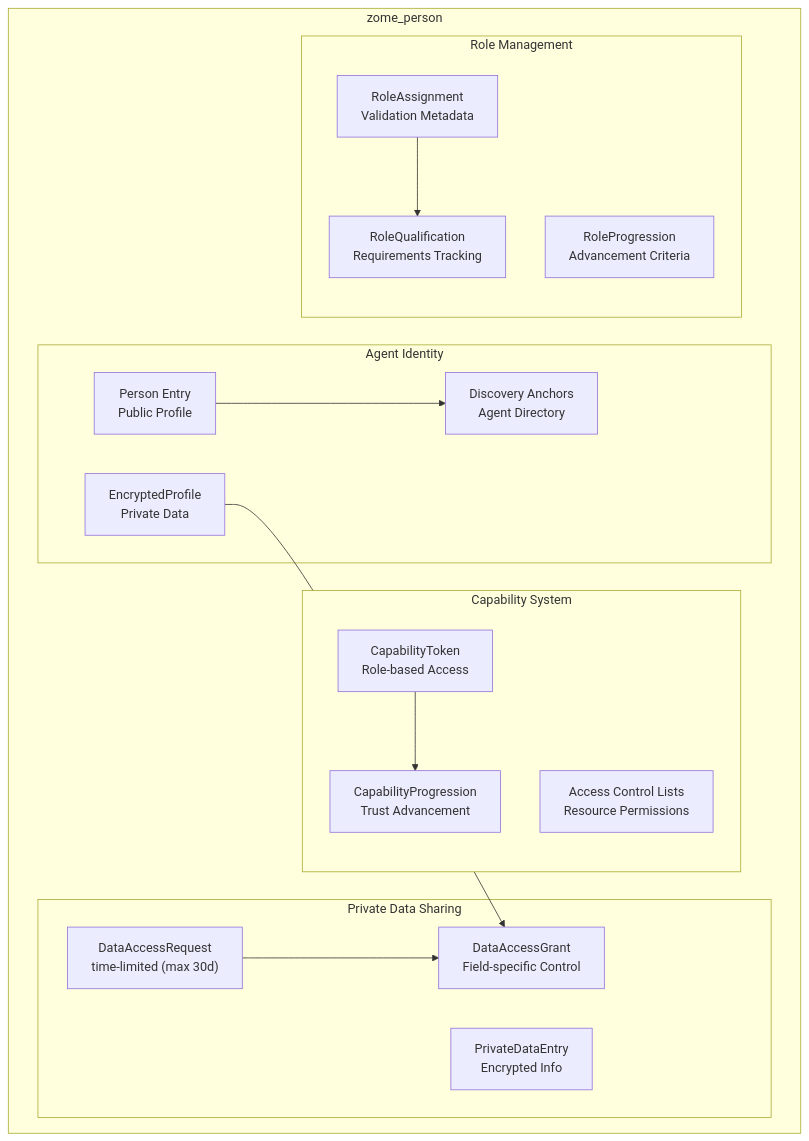
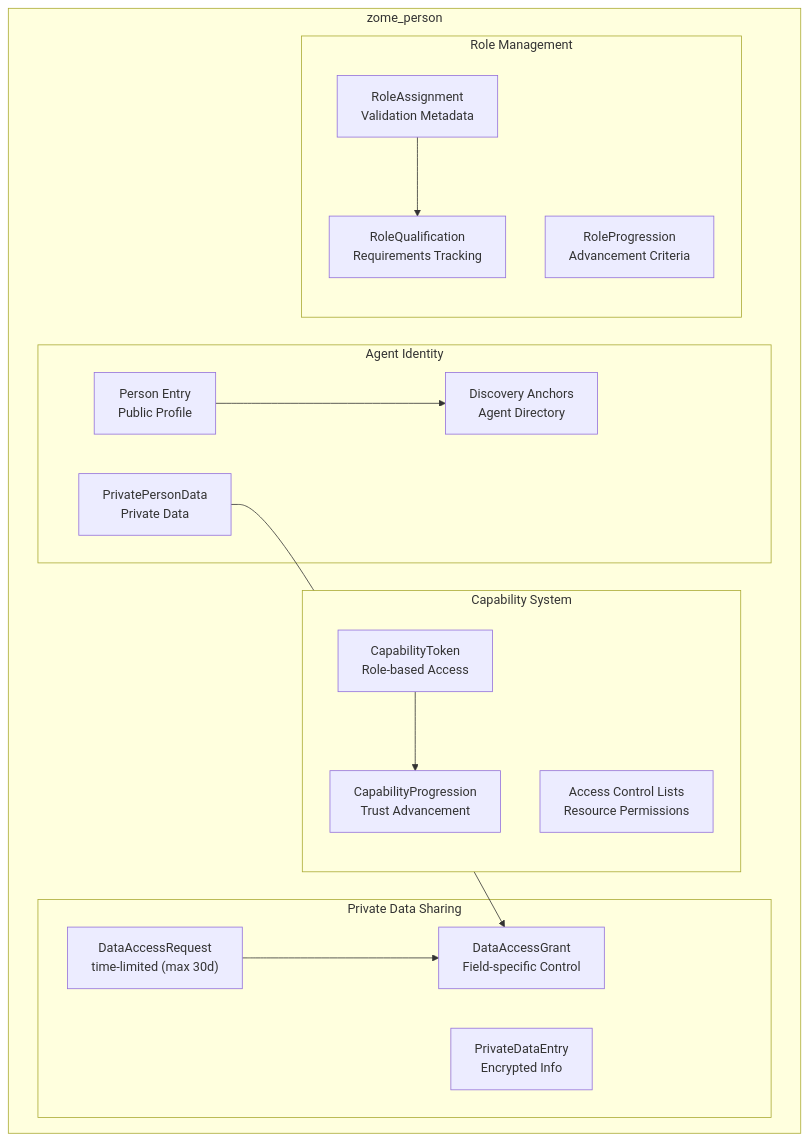
The third of 13 diagrams in documentation/ARCHITECTURE_COMPONENTS.md (Sensorica/nondominium), drawn with Mermaid before and after one commit. The commit also changed other lines of this file and 33 other files, not shown here.

````diff
--- a/documentation/ARCHITECTURE_COMPONENTS.md
+++ b/documentation/ARCHITECTURE_COMPONENTS.md
@@ -131,34 +131,34 @@
 ```mermaid
 graph TB
     subgraph "zome_person"
         subgraph "Agent Identity"
             Person[Person Entry<br/>Public Profile]
-            EncProfile[EncryptedProfile<br/>Private Data]
+            EncProfile[PrivatePersonData<br/>Private Data]
             Discovery[Discovery Anchors<br/>Agent Directory]
         end
 
         subgraph "Capability System"
             CapToken["CapabilityToken<br/>Role-based Access"]
             CapProgress["CapabilityProgression<br/>Trust Advancement"]
             ACL["Access Control Lists<br/>Resource Permissions"]
         end
 
         subgraph "Private Data Sharing"
             DataReq["DataAccessRequest<br/>time-limited (max 30d)"]
             DataGrant["DataAccessGrant<br/>Field-specific Control"]
             PrivateData["PrivateDataEntry<br/>Encrypted Info"]
         end
 
         subgraph "Role Management"
             RoleAssign["RoleAssignment<br/>Validation Metadata"]
             RoleQual["RoleQualification<br/>Requirements Tracking"]
             RoleProgress["RoleProgression<br/>Advancement Criteria"]
         end
     end
 
     Person --> Discovery
     EncProfile --> DataGrant
     CapToken --> CapProgress
     DataReq --> DataGrant
     RoleAssign --> RoleQual
 ```
````
